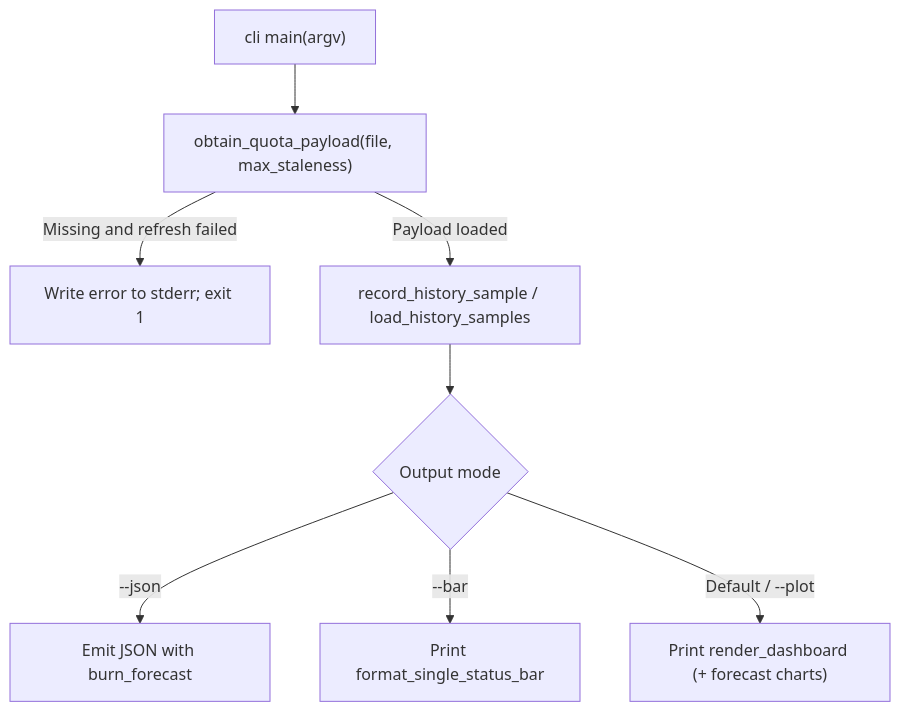
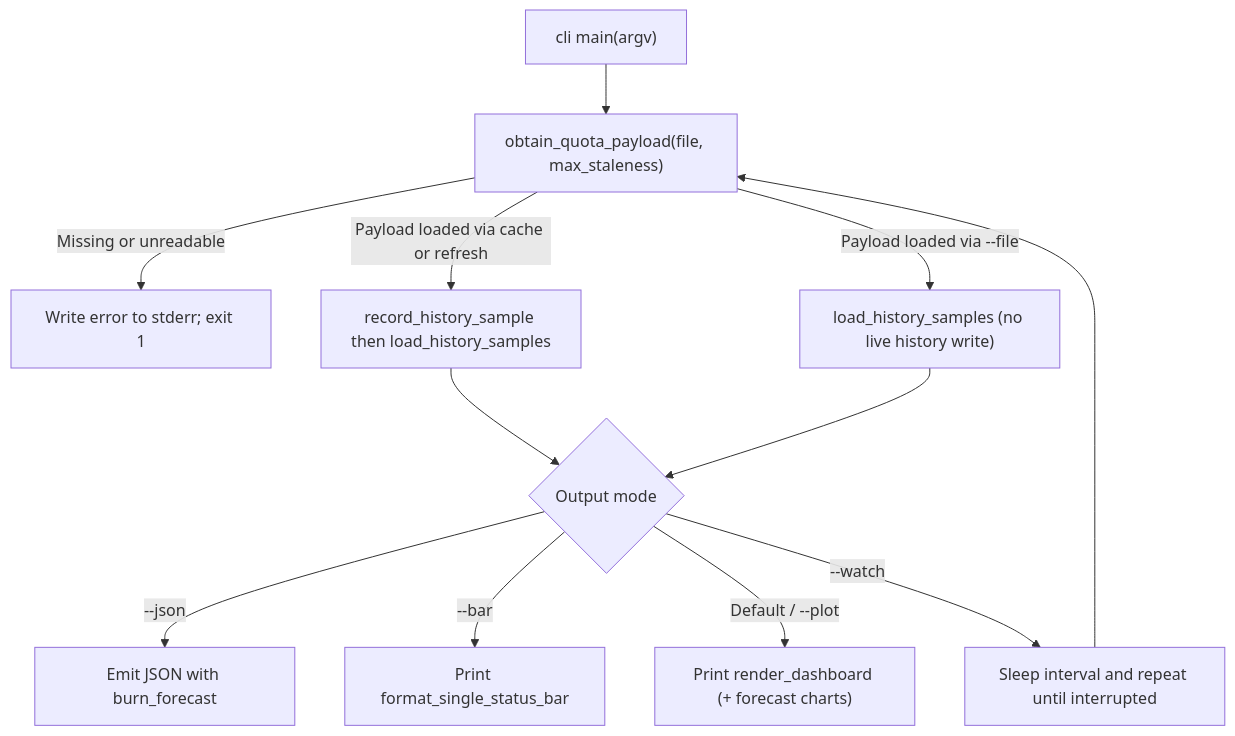
Before and after one commit to fariello/agent-workflows: the diagram in .aw/records/plans/pending/20261117-installmore-01-z403j4-add-gemini-quota-cli-module-and-behavioral-tests-to-agent-wo.ipd.md, drawn with Mermaid. The commit also changed other lines of this file and 1 other file, not shown here.

````diff
--- a/.aw/records/plans/pending/20261117-installmore-01-z403j4-add-gemini-quota-cli-module-and-behavioral-tests-to-agent-wo.ipd.md
+++ b/.aw/records/plans/pending/20261117-installmore-01-z403j4-add-gemini-quota-cli-module-and-behavioral-tests-to-agent-wo.ipd.md
@@ -73,10 +75,14 @@
 ```mermaid
 flowchart TD
     A["cli main(argv)"] --> B["obtain_quota_payload(file, max_staleness)"]
-    B -->|Missing and refresh failed| C["Write error to stderr; exit 1"]
-    B -->|Payload loaded| D["record_history_sample / load_history_samples"]
+    B -->|Missing or unreadable| C["Write error to stderr; exit 1"]
+    B -->|Payload loaded via cache or refresh| D["record_history_sample then load_history_samples"]
+    B -->|Payload loaded via --file| D2["load_history_samples (no live history write)"]
     D --> E{"Output mode"}
+    D2 --> E
     E -->|--json| F["Emit JSON with burn_forecast"]
     E -->|--bar| G["Print format_single_status_bar"]
     E -->|Default / --plot| H["Print render_dashboard (+ forecast charts)"]
+    E -->|--watch| I["Sleep interval and repeat until interrupted"]
+    I --> B
 ```
````
